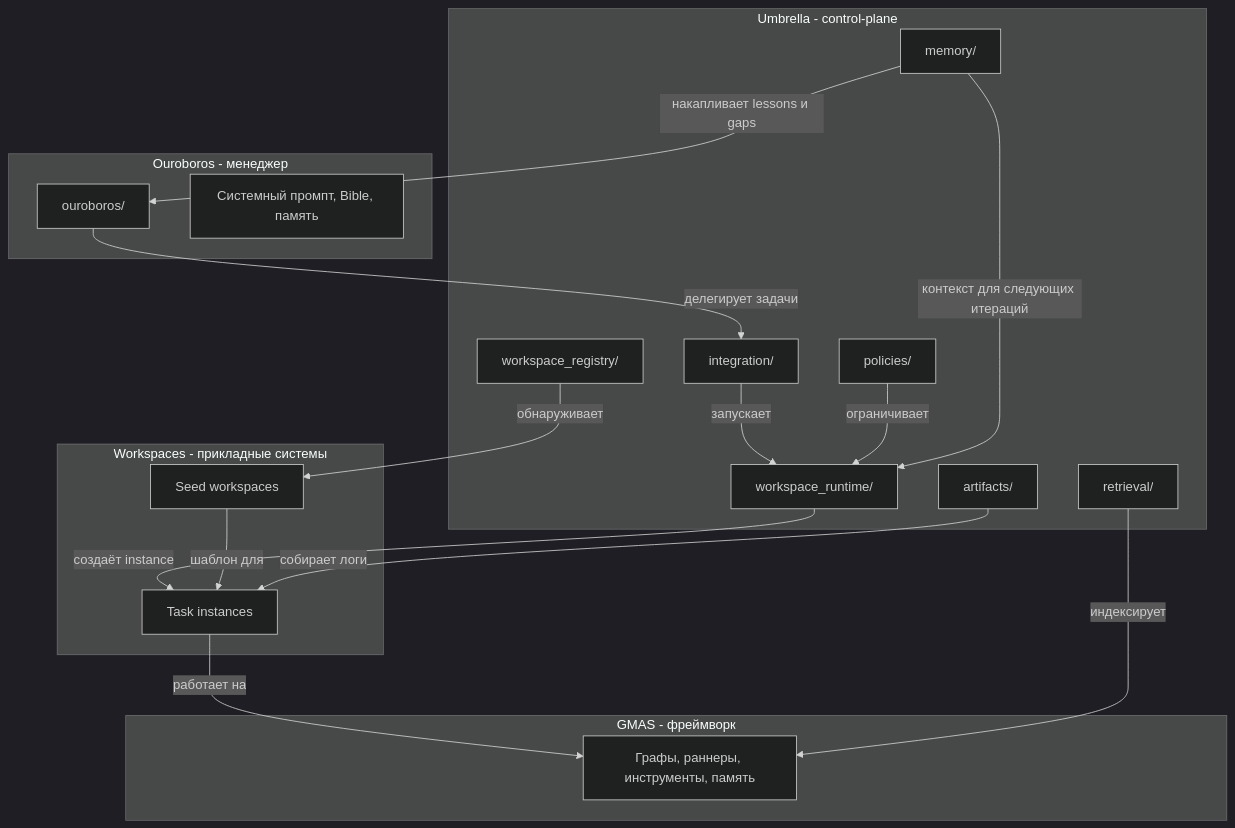
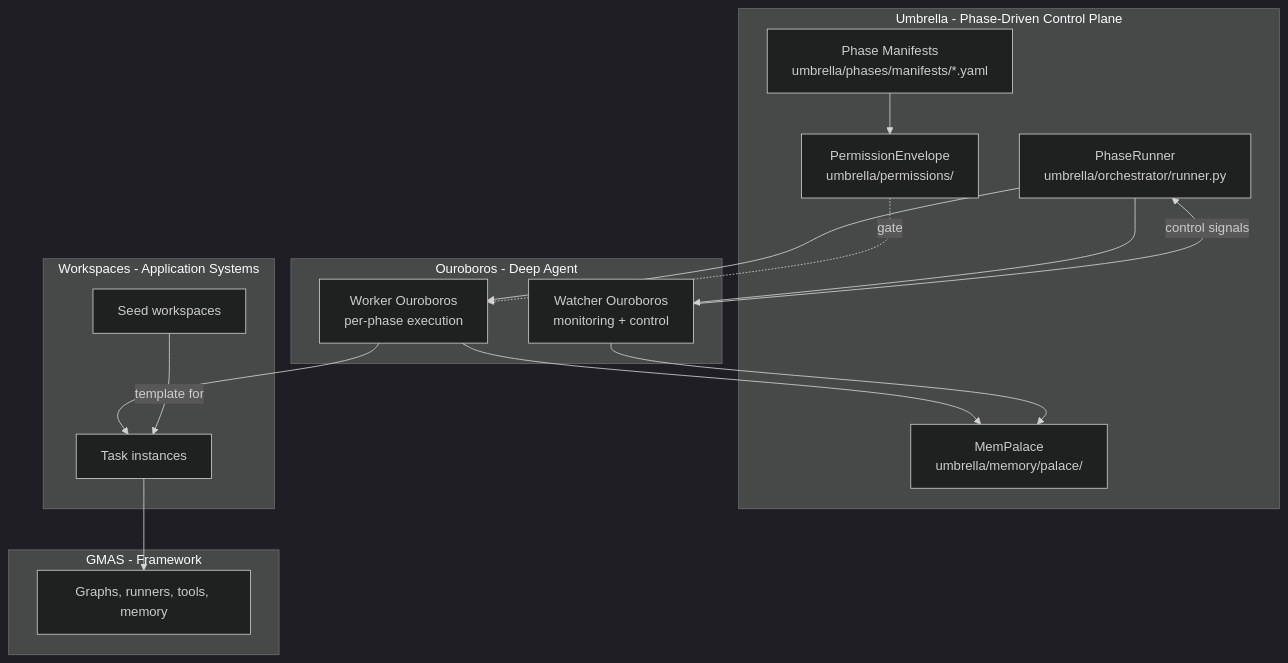
One commit to poliroika/albert7-main changed the first of 3 diagrams in docs/architecture.md. Above: the diagram before and after it, drawn with Mermaid (dark theme). The commit also changed other lines of this file and 307 other files, not shown here.

````diff
--- a/docs/architecture.md
+++ b/docs/architecture.md
@@ -9,38 +7,34 @@
 ```mermaid
 graph TB
-    subgraph layer3 [Ouroboros - менеджер]
-        OuroCore["ouroboros/"]
-        OuroPrompts["Системный промпт, Bible, память"]
+    subgraph orchestratorLayer [Umbrella - Phase-Driven Control Plane]
+        PhaseRunner["PhaseRunner<br/>umbrella/orchestrator/runner.py"]
+        Manifests["Phase Manifests<br/>umbrella/phases/manifests/*.yaml"]
+        Envelope["PermissionEnvelope<br/>umbrella/permissions/"]
+        Palace["MemPalace<br/>umbrella/memory/palace/"]
     end
 
-    subgraph umbrellaLayer [Umbrella - control-plane]
-        Policies["policies/"]
-        Registry["workspace_registry/"]
-        Runtime["workspace_runtime/"]
-        Retrieval["retrieval/"]
-        Artifacts["artifacts/"]
-        Integration["integration/"]
-        Memory["memory/"]
+    subgraph agentLayer [Ouroboros - Deep Agent]
+        Worker["Worker Ouroboros<br/>per-phase execution"]
+        Watcher["Watcher Ouroboros<br/>monitoring + control"]
     end
 
-    subgraph layer2 [Workspaces - прикладные системы]
+    subgraph workspaceLayer [Workspaces - Application Systems]
         SeedWS["Seed workspaces"]
         Instances["Task instances"]
     end
 
-    subgraph layer1 [GMAS - фреймворк]
-        GMASCore["Графы, раннеры, инструменты, память"]
+    subgraph frameworkLayer [GMAS - Framework]
+        GMASCore["Graphs, runners, tools, memory"]
     end
 
-    OuroCore -->|"делегирует задачи"| Integration
-    Integration -->|"запускает"| Runtime
-    Runtime -->|"создаёт instance"| Instances
-    Instances -->|"работает на"| GMASCore
-    SeedWS -->|"шаблон для"| Instances
-    Registry -->|"обнаруживает"| SeedWS
-    Policies -->|"ограничивает"| Runtime
-    Retrieval -->|"индексирует"| GMASCore
-    Artifacts -->|"собирает логи"| Instances
-    Memory -->|"накапливает lessons и gaps"| OuroCore
-    Memory -->|"контекст для следующих итераций"| Runtime
+    PhaseRunner --> Worker
+    PhaseRunner --> Watcher
+    Worker --> Instances
+    Instances --> GMASCore
+    SeedWS -->|"template for"| Instances
+    Manifests --> Envelope
+    Envelope -. "gate" .-> Worker
+    Worker --> Palace
+    Watcher --> Palace
+    Watcher -- "control signals" --> PhaseRunner
 ```
````
